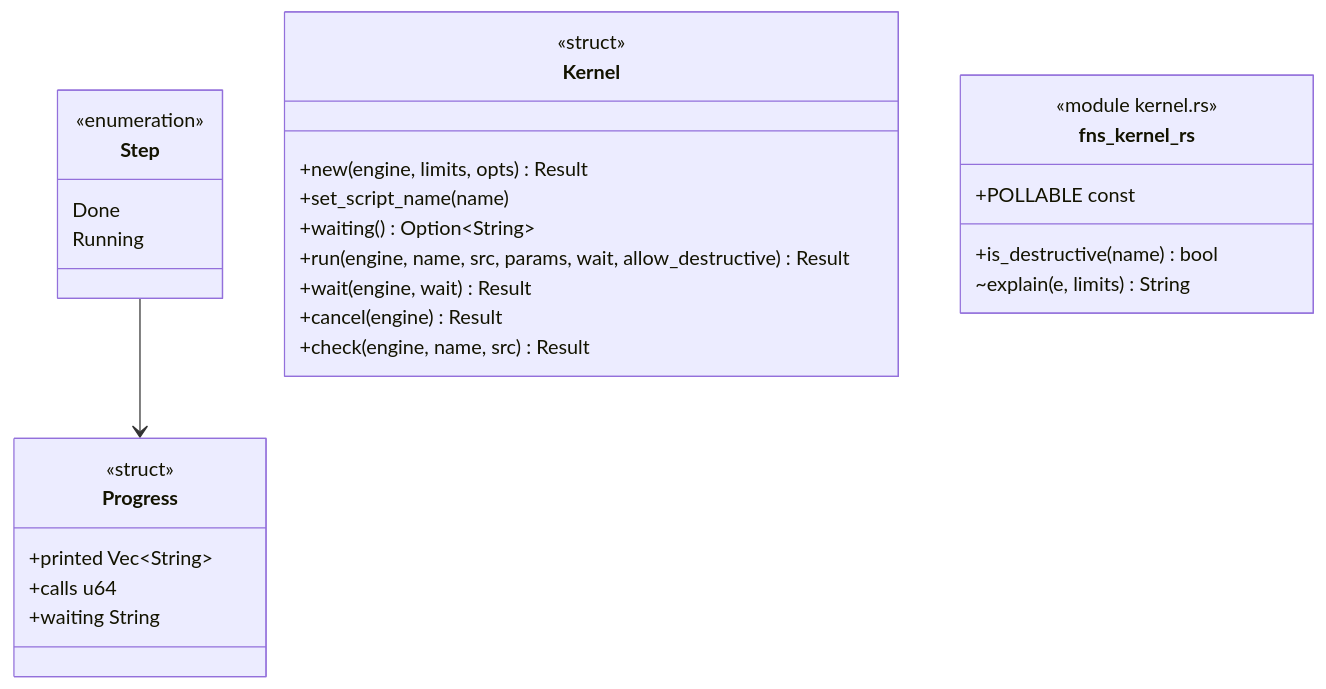
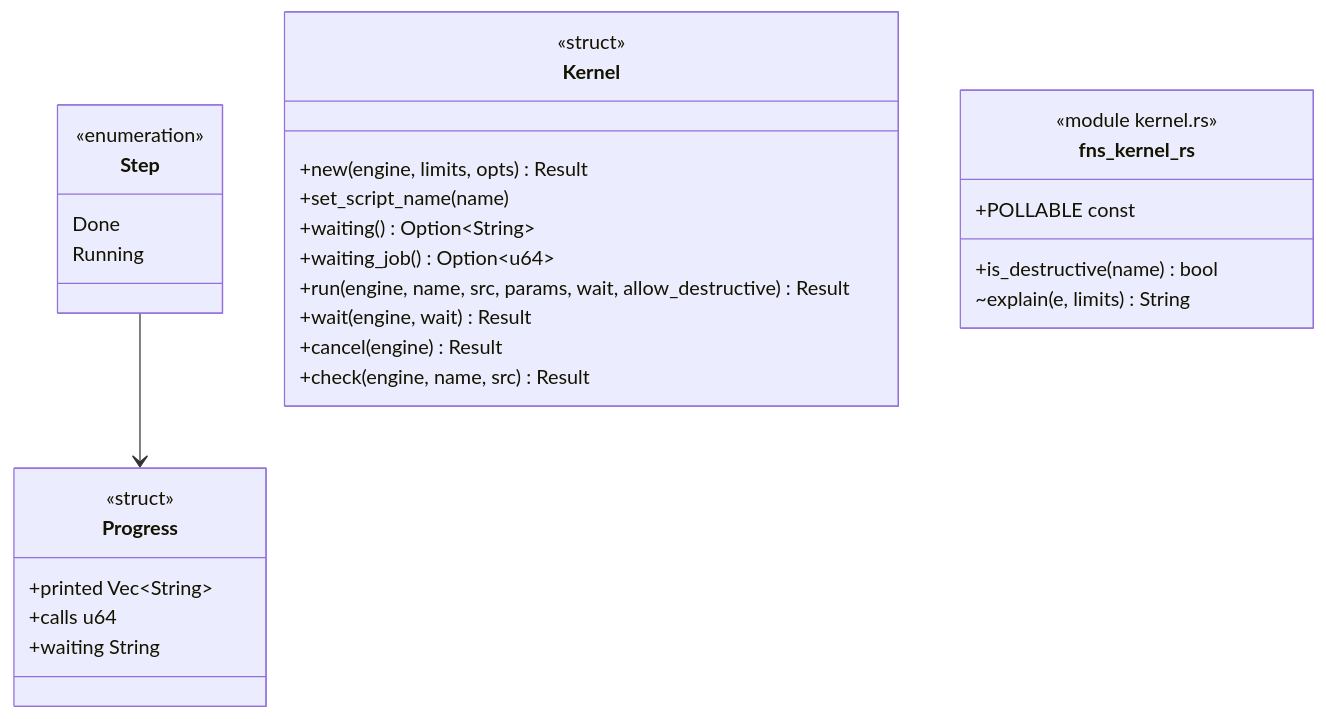
The diagram in docs/architecture/c4/4-code/script/kernel.md (p-j-r/nyx), drawn with Mermaid before and after one commit. The commit also changed other lines of this file and 48 other files, not shown here.

````diff
--- a/docs/architecture/c4/4-code/script/kernel.md
+++ b/docs/architecture/c4/4-code/script/kernel.md
@@ -37,31 +37,32 @@
 ```mermaid
 classDiagram
   class Progress {
       <<struct>>
       +printed Vec~String~
       +calls u64
       +waiting String
   }
   class Step {
       <<enumeration>>
       Done
       Running
   }
   class Kernel {
       <<struct>>
       +new(engine, limits, opts) Result
       +set_script_name(name)
       +waiting() Option~String~
+      +waiting_job() Option~u64~
       +run(engine, name, src, params, wait, allow_destructive) Result
       +wait(engine, wait) Result
       +cancel(engine) Result
       +check(engine, name, src) Result
   }
   class fns_kernel_rs {
       <<module kernel.rs>>
       +is_destructive(name) bool
       ~explain(e, limits) String
       +POLLABLE const
   }
   Step --> Progress
 ```
````
